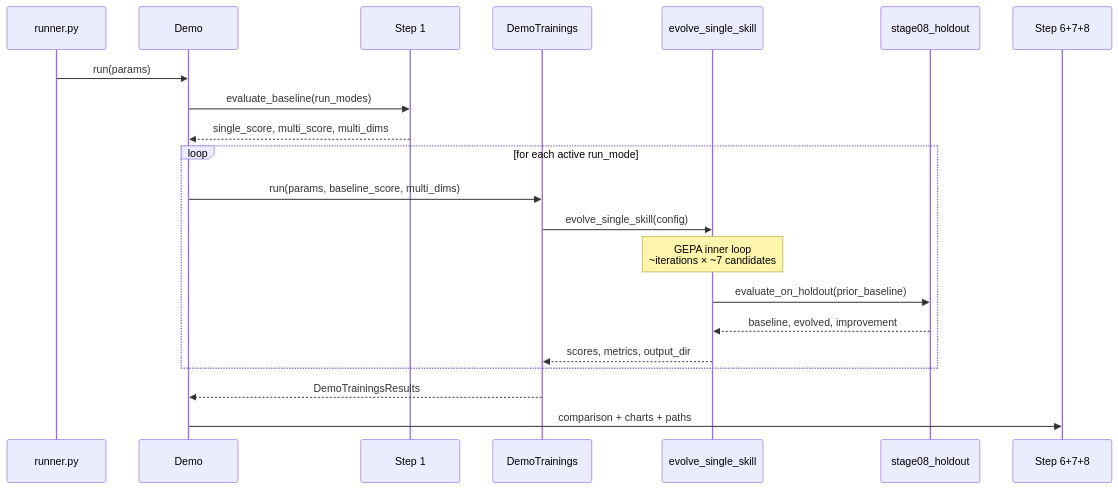
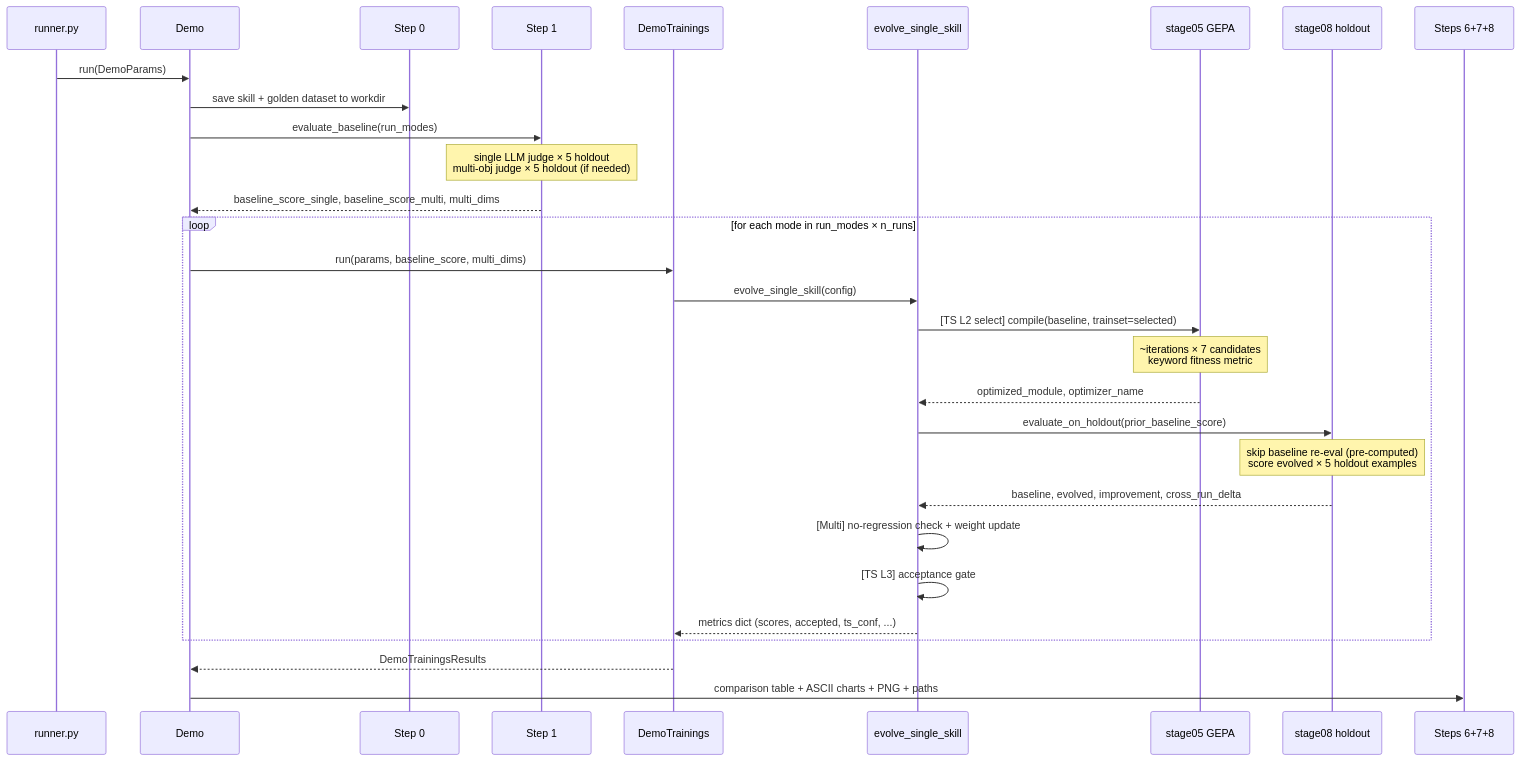
One commit to michaelatamuk/openjiuwen-agent-core changed the third of 5 diagrams in examples/agent_evolving_hermes/offline/offline_05_thompson_vs_baseline/README.md. Above: the diagram before and after it, drawn with Mermaid. The commit also changed other lines of this file, not shown here.

````diff
--- a/examples/agent_evolving_hermes/offline/offline_05_thompson_vs_baseline/README.md
+++ b/examples/agent_evolving_hermes/offline/offline_05_thompson_vs_baseline/README.md
@@ -364,26 +1039,35 @@
 ```mermaid
 sequenceDiagram
-    participant R as runner.py
-    participant D as Demo
+    participant R  as runner.py
+    participant D  as Demo
+    participant S0 as Step 0
     participant S1 as Step 1
     participant TR as DemoTrainings
     participant GE as evolve_single_skill
-    participant S8 as stage08_holdout
-    participant S6 as Step 6+7+8
+    participant G5 as stage05 GEPA
+    participant G8 as stage08 holdout
+    participant S6 as Steps 6+7+8
 
-    R->>D: run(params)
+    R->>D: run(DemoParams)
+    D->>S0: save skill + golden dataset to workdir
     D->>S1: evaluate_baseline(run_modes)
-    S1-->>D: single_score, multi_score, multi_dims
+    Note over S1: single LLM judge × 5 holdout<br/>multi-obj judge × 5 holdout (if needed)
+    S1-->>D: baseline_score_single, baseline_score_multi, multi_dims
 
-    loop for each active run_mode
+    loop for each mode in run_modes × n_runs
         D->>TR: run(params, baseline_score, multi_dims)
         TR->>GE: evolve_single_skill(config)
-        Note over GE: GEPA inner loop<br/>~iterations × ~7 candidates
-        GE->>S8: evaluate_on_holdout(prior_baseline)
-        S8-->>GE: baseline, evolved, improvement
-        GE-->>TR: scores, metrics, output_dir
+        GE->>G5: [TS L2 select] compile(baseline, trainset=selected)
+        Note over G5: ~iterations × 7 candidates<br/>keyword fitness metric
+        G5-->>GE: optimized_module, optimizer_name
+        GE->>G8: evaluate_on_holdout(prior_baseline_score)
+        Note over G8: skip baseline re-eval (pre-computed)<br/>score evolved × 5 holdout examples
+        G8-->>GE: baseline, evolved, improvement, cross_run_delta
+        GE->>GE: [Multi] no-regression check + weight update
+        GE->>GE: [TS L3] acceptance gate
+        GE-->>TR: metrics dict (scores, accepted, ts_conf, ...)
     end
 
     TR-->>D: DemoTrainingsResults
-    D->>S6: comparison + charts + paths
+    D->>S6: comparison table + ASCII charts + PNG + paths
 ```
````
